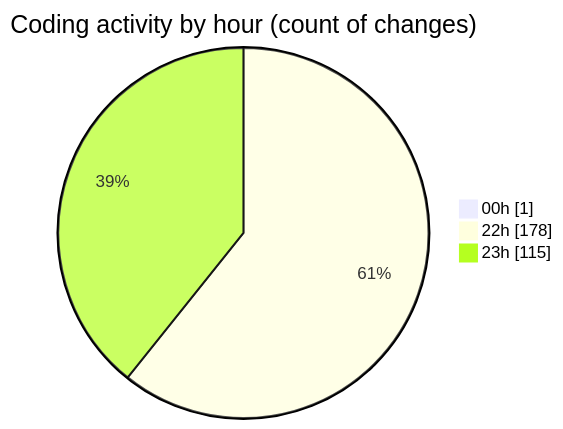
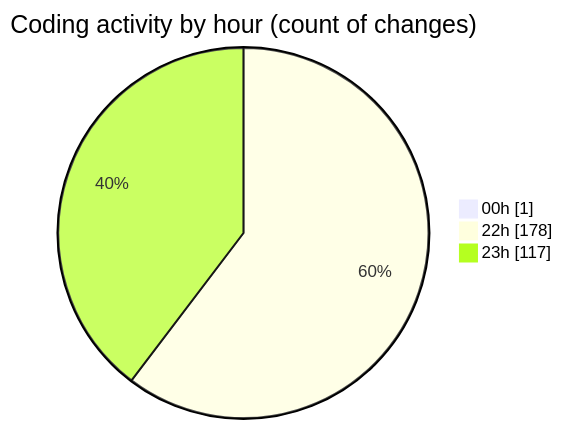
Before and after one commit to Ritupan-Deka/code-tracking: the second of 2 diagrams in 2025-08-04/javascript/README.md, drawn with Mermaid. The commit also changed other lines of this file and 1 other file, not shown here.

````diff
--- a/2025-08-04/javascript/README.md
+++ b/2025-08-04/javascript/README.md
@@ -31,7 +31,7 @@
 ```mermaid
 pie showData
 title Coding activity by hour (count of changes)
 "00h" : 1
 "22h" : 178
-"23h" : 115
+"23h" : 117
 ```
````
